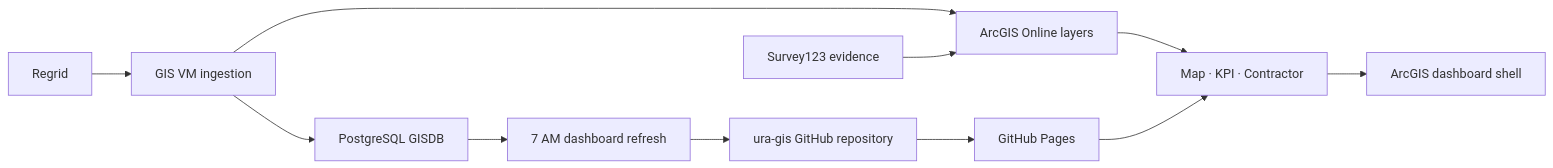
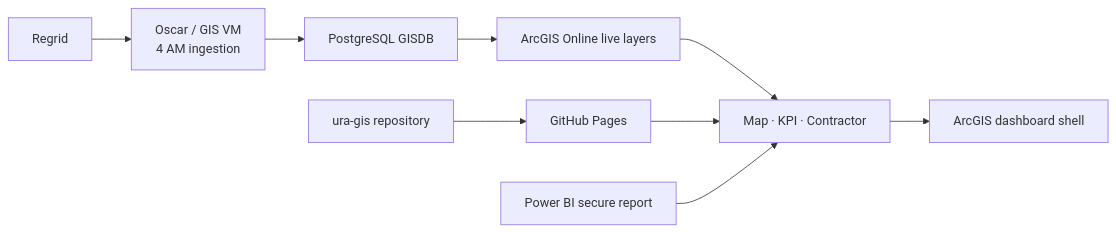
One commit to rutomo-ura/land-care-assurance changed the diagram in HANDOVER.md. Above: the diagram before and after it, drawn with Mermaid. The commit also changed other lines of this file and 14 other files, not shown here.

````diff
--- a/HANDOVER.md
+++ b/HANDOVER.md
@@ -24,13 +19,11 @@
 ```mermaid
 flowchart LR
-    Regrid["Regrid"] --> VM["GIS VM ingestion"]
+    Regrid["Regrid"] --> VM["Oscar / GIS VM<br/>4 AM ingestion"]
     VM --> PG["PostgreSQL GISDB"]
-    VM --> AGOL["ArcGIS Online layers"]
-    PG --> Refresh["7 AM dashboard refresh"]
-    Refresh --> Repo["ura-gis GitHub repository"]
-    Repo --> Pages["GitHub Pages"]
+    PG --> AGOL["ArcGIS Online live layers"]
     AGOL --> App["Map · KPI · Contractor"]
+    Repo["ura-gis repository"] --> Pages["GitHub Pages"]
     Pages --> App
+    PowerBI["Power BI secure report"] --> App
     App --> Shell["ArcGIS dashboard shell"]
-    Survey123["Survey123 evidence"] --> AGOL
 ```
````
